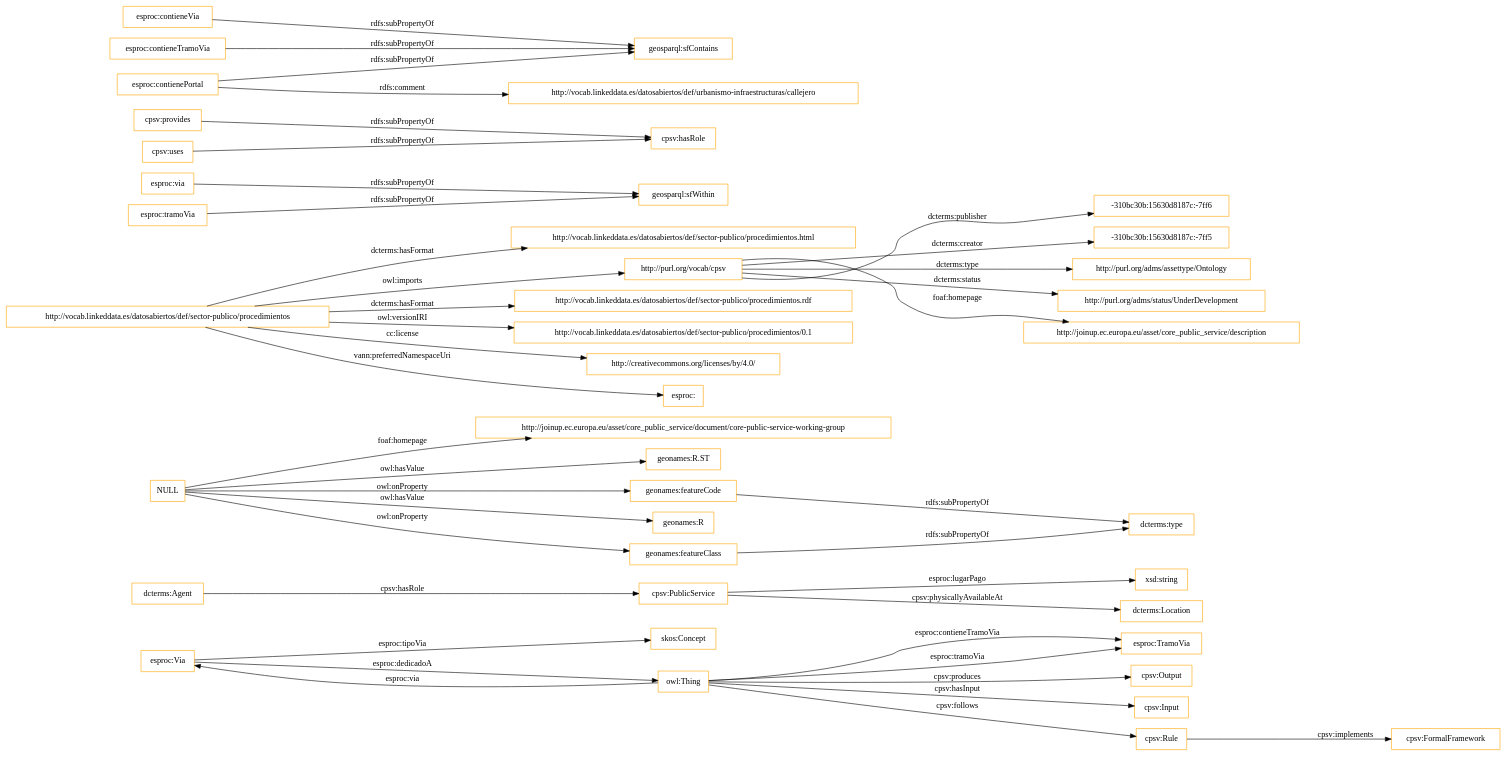
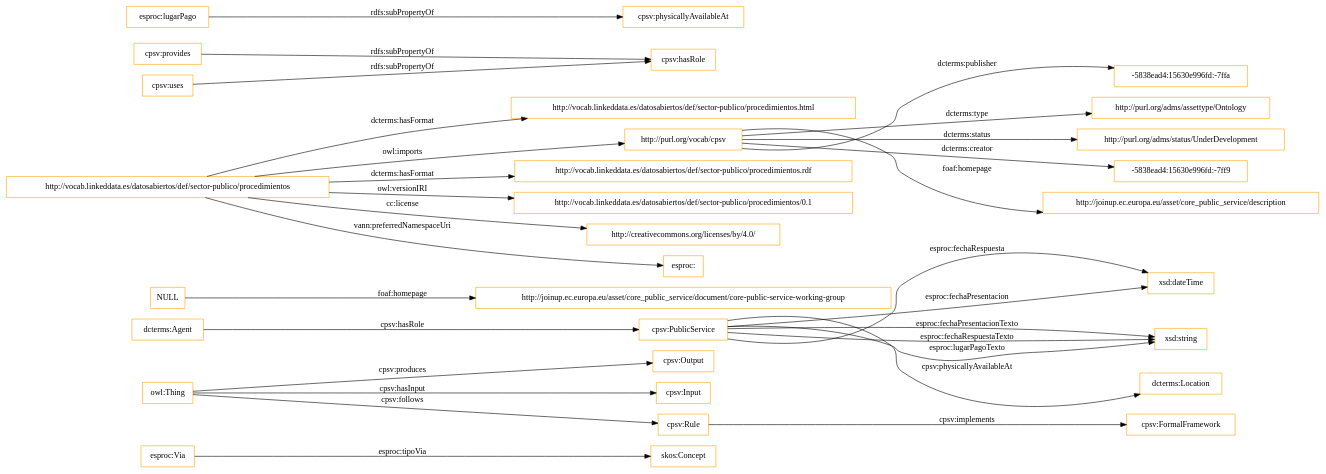
The diagram in OnToology/procedimientos.owl/diagrams/ar2dtool-class/procedimientos.owl.png.dot (opencitydata/sector-publico-servicio), drawn with Graphviz before and after one commit. The commit also changed 33 other files, not shown here.

```diff
--- a/OnToology/procedimientos.owl/diagrams/ar2dtool-class/procedimientos.owl.png.dot
+++ b/OnToology/procedimientos.owl/diagrams/ar2dtool-class/procedimientos.owl.png.dot
@@ -1,44 +1,33 @@
 digraph ar2dtool_diagram { 
 rankdir=LR;
 size="1501"
-node [shape = rectangle, color="orange"]; "skos:Concept" "esproc:Via" "esproc:TramoVia" "cpsv:FormalFramework" "cpsv:Output" "cpsv:Input" "cpsv:Rule" "cpsv:PublicService" ; /*classes style*/
+node [shape = rectangle, color="orange"]; "skos:Concept" "cpsv:FormalFramework" "cpsv:Output" "cpsv:Input" "cpsv:Rule" "cpsv:PublicService" ; /*classes style*/
 	"NULL" -> "http://joinup.ec.europa.eu/asset/core_public_service/document/core-public-service-working-group" [ label = "foaf:homepage" ];
-	"NULL" -> "geonames:R.ST" [ label = "owl:hasValue" ];
-	"NULL" -> "geonames:featureCode" [ label = "owl:onProperty" ];
-	"NULL" -> "geonames:R" [ label = "owl:hasValue" ];
-	"NULL" -> "geonames:featureClass" [ label = "owl:onProperty" ];
 	"http://vocab.linkeddata.es/datosabiertos/def/sector-publico/procedimientos" -> "http://vocab.linkeddata.es/datosabiertos/def/sector-publico/procedimientos.html" [ label = "dcterms:hasFormat" ];
 	"http://vocab.linkeddata.es/datosabiertos/def/sector-publico/procedimientos" -> "http://purl.org/vocab/cpsv" [ label = "owl:imports" ];
 	"http://vocab.linkeddata.es/datosabiertos/def/sector-publico/procedimientos" -> "http://vocab.linkeddata.es/datosabiertos/def/sector-publico/procedimientos.rdf" [ label = "dcterms:hasFormat" ];
 	"http://vocab.linkeddata.es/datosabiertos/def/sector-publico/procedimientos" -> "http://vocab.linkeddata.es/datosabiertos/def/sector-publico/procedimientos/0.1" [ label = "owl:versionIRI" ];
 	"http://vocab.linkeddata.es/datosabiertos/def/sector-publico/procedimientos" -> "http://creativecommons.org/licenses/by/4.0/" [ label = "cc:license" ];
 	"http://vocab.linkeddata.es/datosabiertos/def/sector-publico/procedimientos" -> "esproc:" [ label = "vann:preferredNamespaceUri" ];
-	"geonames:featureClass" -> "dcterms:type" [ label = "rdfs:subPropertyOf" ];
-	"esproc:via" -> "geosparql:sfWithin" [ label = "rdfs:subPropertyOf" ];
 	"cpsv:provides" -> "cpsv:hasRole" [ label = "rdfs:subPropertyOf" ];
-	"esproc:contieneVia" -> "geosparql:sfContains" [ label = "rdfs:subPropertyOf" ];
-	"esproc:contieneTramoVia" -> "geosparql:sfContains" [ label = "rdfs:subPropertyOf" ];
-	"esproc:tramoVia" -> "geosparql:sfWithin" [ label = "rdfs:subPropertyOf" ];
-	"http://purl.org/vocab/cpsv" -> "-310bc30b:15630d8187c:-7ff6" [ label = "dcterms:publisher" ];
-	"http://purl.org/vocab/cpsv" -> "-310bc30b:15630d8187c:-7ff5" [ label = "dcterms:creator" ];
+	"http://purl.org/vocab/cpsv" -> "-5838ead4:15630e996fd:-7ffa" [ label = "dcterms:publisher" ];
 	"http://purl.org/vocab/cpsv" -> "http://purl.org/adms/assettype/Ontology" [ label = "dcterms:type" ];
 	"http://purl.org/vocab/cpsv" -> "http://purl.org/adms/status/UnderDevelopment" [ label = "dcterms:status" ];
+	"http://purl.org/vocab/cpsv" -> "-5838ead4:15630e996fd:-7ff9" [ label = "dcterms:creator" ];
 	"http://purl.org/vocab/cpsv" -> "http://joinup.ec.europa.eu/asset/core_public_service/description" [ label = "foaf:homepage" ];
 	"cpsv:uses" -> "cpsv:hasRole" [ label = "rdfs:subPropertyOf" ];
-	"geonames:featureCode" -> "dcterms:type" [ label = "rdfs:subPropertyOf" ];
-	"esproc:contienePortal" -> "geosparql:sfContains" [ label = "rdfs:subPropertyOf" ];
-	"esproc:contienePortal" -> "http://vocab.linkeddata.es/datosabiertos/def/urbanismo-infraestructuras/callejero" [ label = "rdfs:comment" ];
-	"cpsv:PublicService" -> "xsd:string" [ label = "esproc:lugarPago" ];
-	"owl:Thing" -> "esproc:TramoVia" [ label = "esproc:contieneTramoVia" ];
-	"owl:Thing" -> "esproc:TramoVia" [ label = "esproc:tramoVia" ];
+	"esproc:lugarPago" -> "cpsv:physicallyAvailableAt" [ label = "rdfs:subPropertyOf" ];
+	"cpsv:PublicService" -> "xsd:dateTime" [ label = "esproc:fechaRespuesta" ];
 	"owl:Thing" -> "cpsv:Input" [ label = "cpsv:hasInput" ];
 	"esproc:Via" -> "skos:Concept" [ label = "esproc:tipoVia" ];
 	"cpsv:Rule" -> "cpsv:FormalFramework" [ label = "cpsv:implements" ];
-	"owl:Thing" -> "esproc:Via" [ label = "esproc:via" ];
-	"esproc:Via" -> "owl:Thing" [ label = "esproc:dedicadoA" ];
+	"cpsv:PublicService" -> "xsd:string" [ label = "esproc:fechaPresentacionTexto" ];
+	"cpsv:PublicService" -> "xsd:string" [ label = "esproc:fechaRespuestaTexto" ];
 	"dcterms:Agent" -> "cpsv:PublicService" [ label = "cpsv:hasRole" ];
 	"cpsv:PublicService" -> "dcterms:Location" [ label = "cpsv:physicallyAvailableAt" ];
 	"owl:Thing" -> "cpsv:Rule" [ label = "cpsv:follows" ];
 	"owl:Thing" -> "cpsv:Output" [ label = "cpsv:produces" ];
+	"cpsv:PublicService" -> "xsd:string" [ label = "esproc:lugarPagoTexto" ];
+	"cpsv:PublicService" -> "xsd:dateTime" [ label = "esproc:fechaPresentacion" ];
 
 }
```
